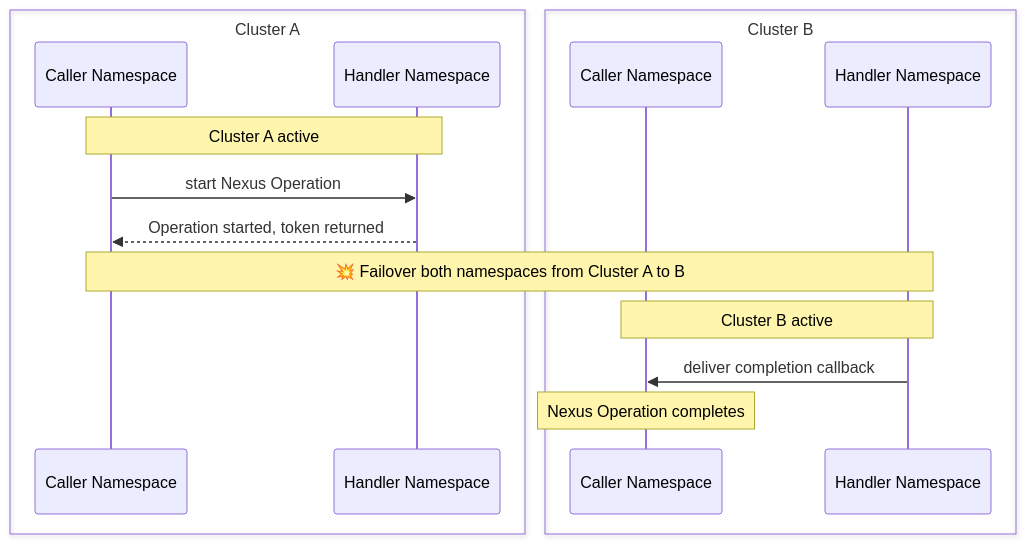
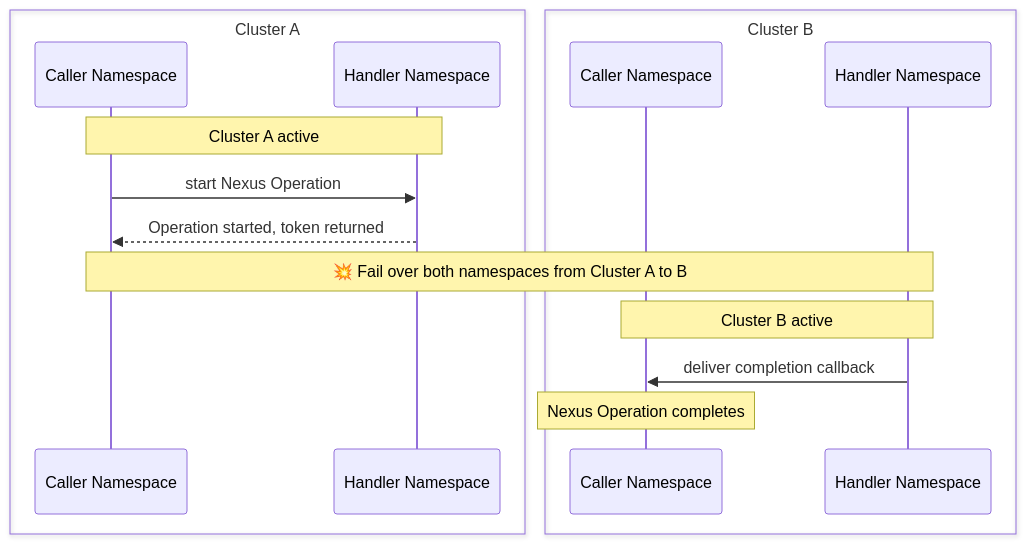
Before and after one commit to temporalio/documentation: the diagram in docs/production-deployment/self-hosted-guide/temporal-nexus.mdx, drawn with Mermaid.

````diff
--- a/docs/production-deployment/self-hosted-guide/temporal-nexus.mdx
+++ b/docs/production-deployment/self-hosted-guide/temporal-nexus.mdx
@@ -132,18 +132,18 @@
 ```mermaid
 sequenceDiagram
     box Cluster A
     participant caA as Caller Namespace
     participant haA as Handler Namespace
     end
     box Cluster B
     participant caB as Caller Namespace
     participant haB as Handler Namespace
     end
     Note over caA,haA: Cluster A active
     caA->>haA: start Nexus Operation
     haA-->>caA: Operation started, token returned
-    Note over caA,haB: 💥 Failover both namespaces from Cluster A to B
+    Note over caA,haB: 💥 Fail over both namespaces from Cluster A to B
     Note over caB,haB: Cluster B active
     haB->>caB: deliver completion callback  
     Note over caB: Nexus Operation completes
 ```
````
